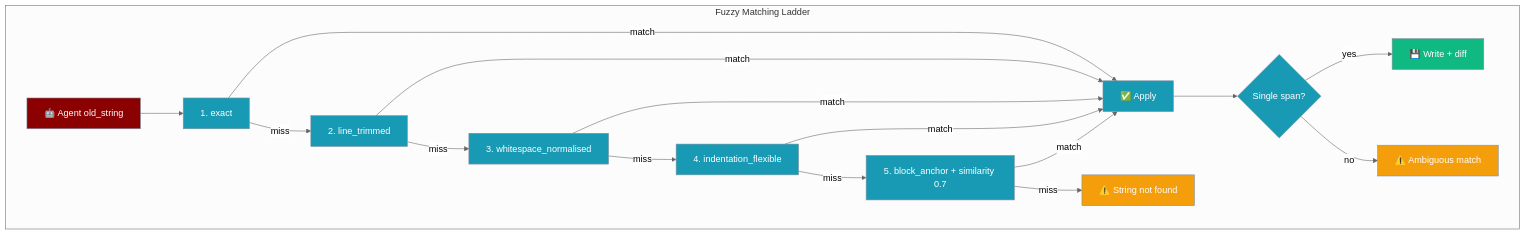
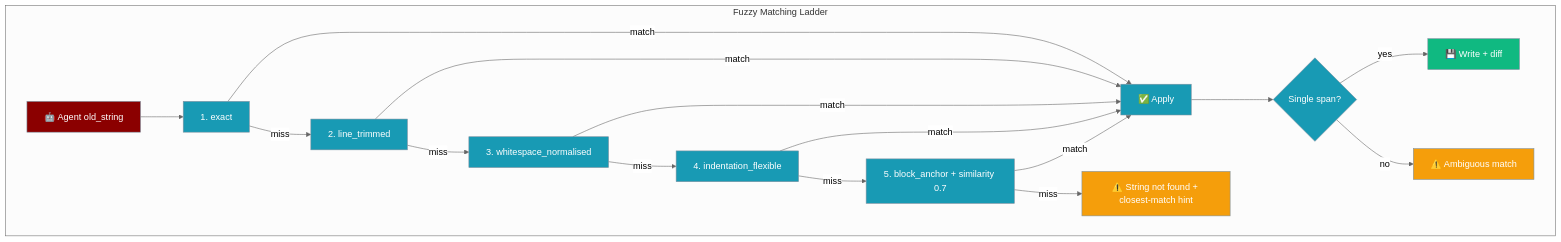
One commit to MervinPraison/PraisonAIDocs changed the sixth of 13 diagrams in docs/features/file-editing.mdx. Above: the diagram before and after it, drawn with Mermaid (neutral theme). The commit also changed other lines of this file, not shown here.

Commit message:
fix: document closest-match no-match hints for edit_file/apply_patch (fixes #4886)

````diff
--- a/docs/features/file-editing.mdx
+++ b/docs/features/file-editing.mdx
@@ -296,29 +296,29 @@
 ```mermaid
 graph TB
     subgraph "Fuzzy Matching Ladder"
         A[🤖 Agent old_string] --> S1[1. exact]
         S1 -->|match| OK[✅ Apply]
         S1 -->|miss| S2[2. line_trimmed]
         S2 -->|match| OK
         S2 -->|miss| S3[3. whitespace_normalised]
         S3 -->|match| OK
         S3 -->|miss| S4[4. indentation_flexible]
         S4 -->|match| OK
         S4 -->|miss| S5[5. block_anchor + similarity 0.7]
         S5 -->|match| OK
-        S5 -->|miss| ERR[⚠️ String not found]
+        S5 -->|miss| ERR[⚠️ String not found + closest-match hint]
         OK --> AMB{Single span?}
         AMB -->|yes| W[💾 Write + diff]
         AMB -->|no| AMBERR[⚠️ Ambiguous match]
     end
 
     classDef agent fill:#8B0000,stroke:#7C90A0,color:#fff
     classDef step fill:#189AB4,stroke:#7C90A0,color:#fff
     classDef ok fill:#10B981,stroke:#7C90A0,color:#fff
     classDef warn fill:#F59E0B,stroke:#7C90A0,color:#fff
 
     class A agent
     class S1,S2,S3,S4,S5,OK,AMB step
     class W ok
     class ERR,AMBERR warn
 ```
````
